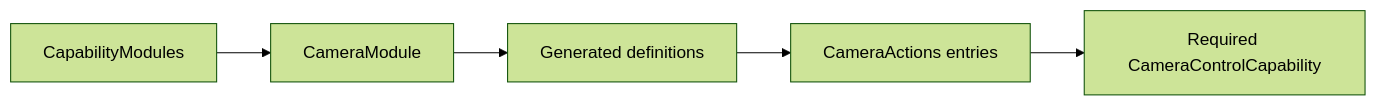
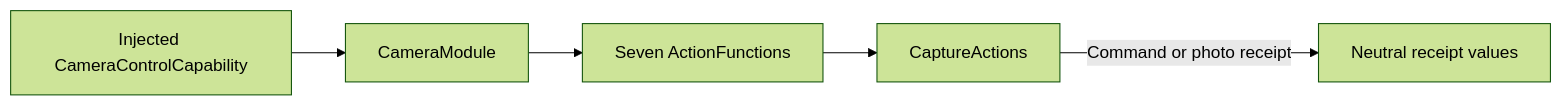
The diagram in MobileHarness/Actions/Camera/Support/README.md (devilyouwei/MobileHarness), drawn with Mermaid (forest theme) before and after one commit. The commit also changed other lines of this file and 116 other files, not shown here.

````diff
--- a/MobileHarness/Actions/Camera/Support/README.md
+++ b/MobileHarness/Actions/Camera/Support/README.md
@@ -7,7 +15,7 @@
 ```mermaid
 flowchart LR
-    Catalog[CapabilityModules] --> Module[CameraModule]
-    Module --> Definitions[Generated definitions]
-    Definitions --> Entries[CameraActions entries]
-    Entries --> Host[Required CameraControlCapability]
+ Host[Injected CameraControlCapability] --> Module[CameraModule]
+ Module --> Definitions[Seven ActionFunctions]
+ Definitions --> Entry[CaptureActions]
+ Entry -->|Command or photo receipt| Values[Neutral receipt values]
 ```
````
